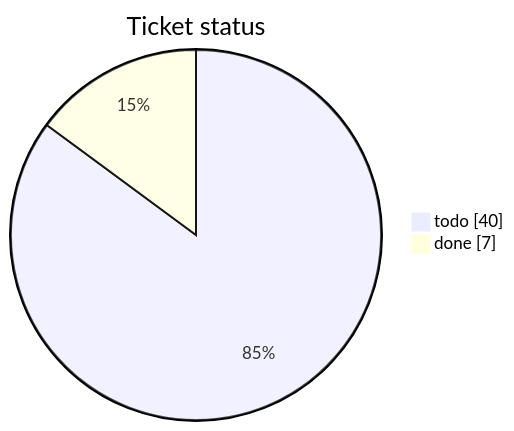
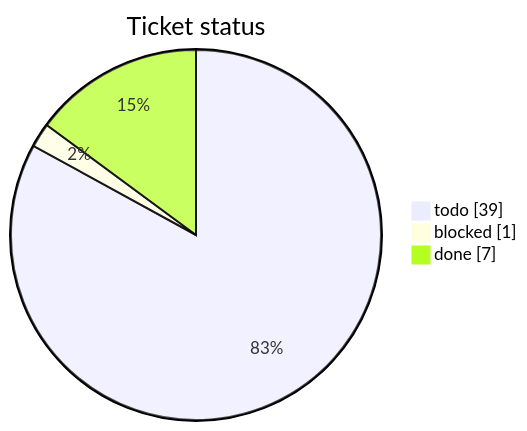
Before and after one commit to mohamed-soubhi/bootlab-esp: the first of 3 diagrams in tickets/TICKETS.md, drawn with Mermaid. The commit also changed other lines of this file and 2 other files, not shown here.

First line of the commit message:
BL-005 -> blocked: rig.yaml filled (partial); LED GPIO/PSRAM need flash test

````diff
--- a/tickets/TICKETS.md
+++ b/tickets/TICKETS.md
@@ -10,5 +10,6 @@
 ```mermaid
 pie showData title Ticket status
-    "todo" : 40
+    "todo" : 39
+    "blocked" : 1
     "done" : 7
 ```
````
